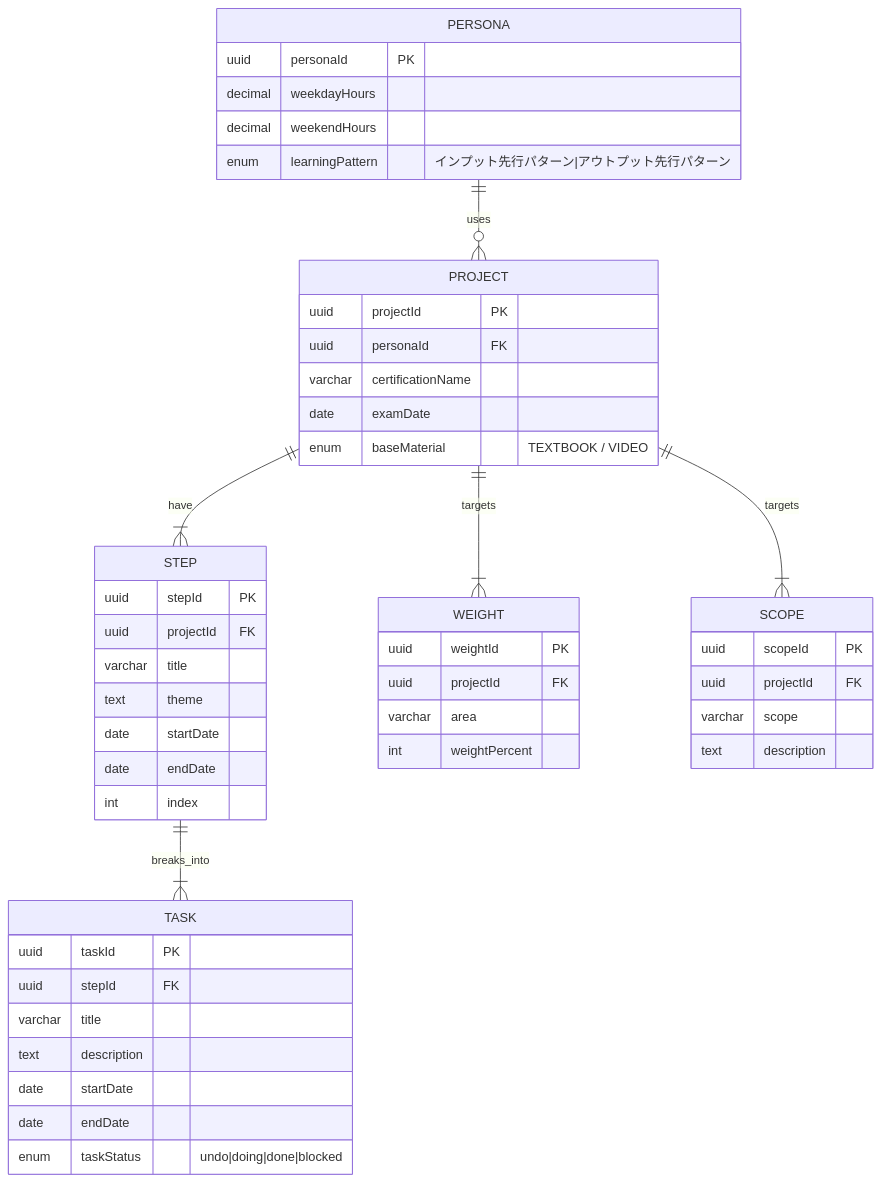
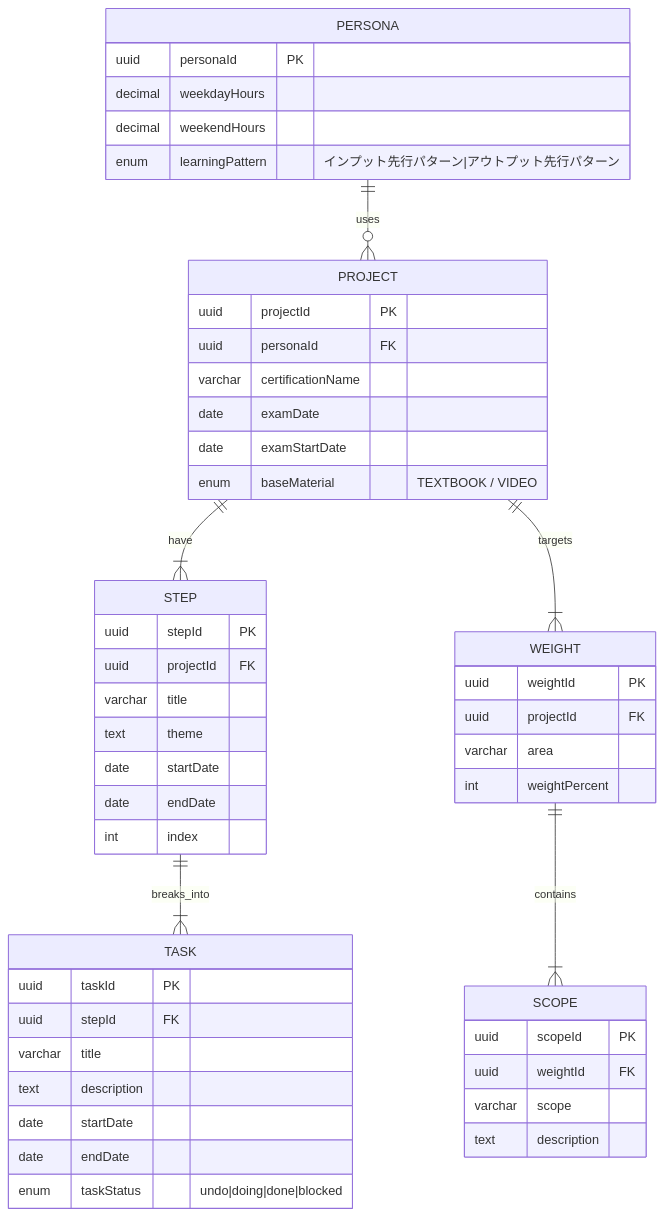
One commit to study-basic-hackathon/lazy-bear changed the diagram in docs/設計/erDiagram.md. Above: the diagram before and after it, drawn with Mermaid.

Commit message:
projectテーブルに不足していた開始日、scopeをweightの配下としprojectIdからweightIdに外部キーを変更した

````diff
--- a/docs/設計/erDiagram.md
+++ b/docs/設計/erDiagram.md
@@ -3,57 +3,58 @@
 ```mermaid
 erDiagram
     PROJECT ||--|{ STEP : have
     STEP ||--|{ TASK : breaks_into
     PERSONA ||--o{ PROJECT : uses
     PROJECT ||--|{ WEIGHT : targets
-    PROJECT ||--|{ SCOPE : targets
+    WEIGHT ||--|{ SCOPE : contains
 
     PROJECT {
         uuid projectId PK
         uuid personaId FK
         varchar certificationName
         date examDate
+        date examStartDate
         enum baseMaterial "TEXTBOOK / VIDEO"
     }
 
     STEP {
         uuid stepId PK
         uuid projectId FK
         varchar title
         text theme
         date startDate
         date endDate
         int index
     }
 
     TASK {
         uuid taskId PK
         uuid stepId FK
         varchar title
         text description
         date startDate
         date endDate
         enum taskStatus "undo|doing|done|blocked"
     }
 
     PERSONA {
         uuid personaId PK
         decimal weekdayHours
         decimal weekendHours
         enum learningPattern "インプット先行パターン|アウトプット先行パターン"
     }
 
     WEIGHT {
         uuid weightId PK
         uuid projectId FK
         varchar area
         int weightPercent
     }
 
     SCOPE {
         uuid scopeId PK
-        uuid projectId FK
+        uuid weightId FK
         varchar scope
         text description
     }
 ```
````
